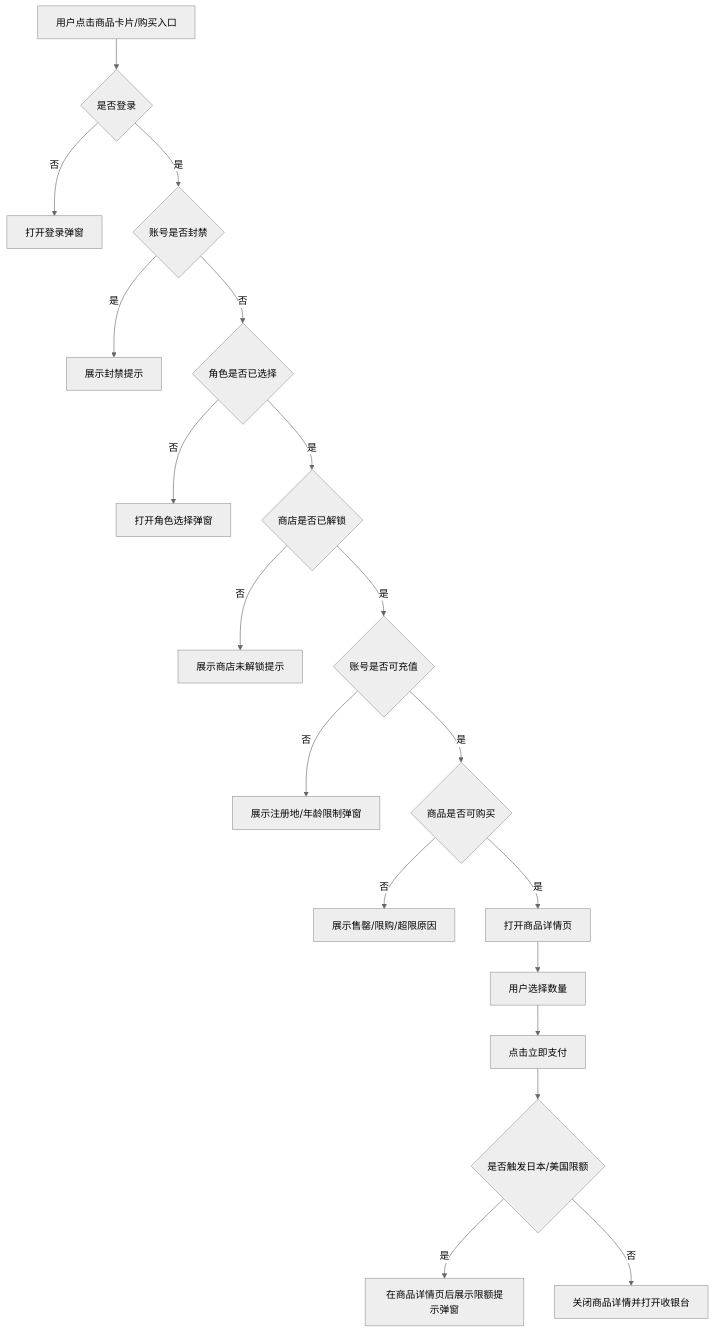
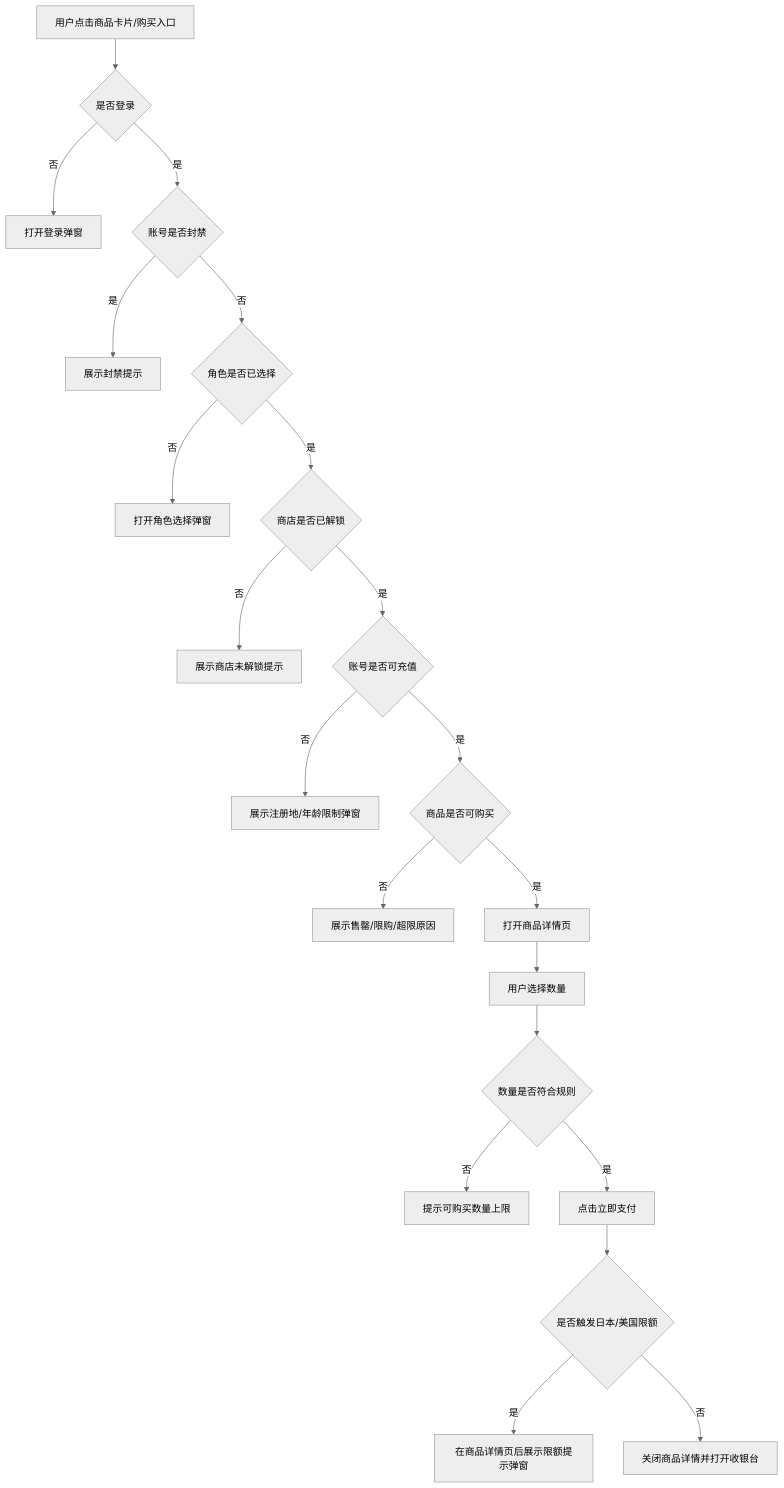
Before and after one commit to AAAlan/webstore_oversea: the third of 5 diagrams in docs/frontend-mall-prd.md, drawn with Mermaid (neutral theme). The commit also changed other lines of this file and 3 other files, not shown here.

````diff
--- a/docs/frontend-mall-prd.md
+++ b/docs/frontend-mall-prd.md
@@ -94,21 +94,23 @@
 ```mermaid
 flowchart TD
   A[用户点击商品卡片/购买入口] --> B{是否登录}
   B -- 否 --> C[打开登录弹窗]
   B -- 是 --> D{账号是否封禁}
   D -- 是 --> E[展示封禁提示]
   D -- 否 --> F{角色是否已选择}
   F -- 否 --> G[打开角色选择弹窗]
   F -- 是 --> H{商店是否已解锁}
   H -- 否 --> I[展示商店未解锁提示]
   H -- 是 --> J{账号是否可充值}
   J -- 否 --> K[展示注册地/年龄限制弹窗]
   J -- 是 --> L{商品是否可购买}
   L -- 否 --> M[展示售罄/限购/超限原因]
   L -- 是 --> N[打开商品详情页]
   N --> O[用户选择数量]
-  O --> P[点击立即支付]
-  P --> Q{是否触发日本/美国限额}
-  Q -- 是 --> R[在商品详情页后展示限额提示弹窗]
-  Q -- 否 --> S[关闭商品详情并打开收银台]
+  O --> P{数量是否符合规则}
+  P -- 否 --> Q[提示可购买数量上限]
+  P -- 是 --> R[点击立即支付]
+  R --> S{是否触发日本/美国限额}
+  S -- 是 --> T[在商品详情页后展示限额提示弹窗]
+  S -- 否 --> U[关闭商品详情并打开收银台]
 ```
````
